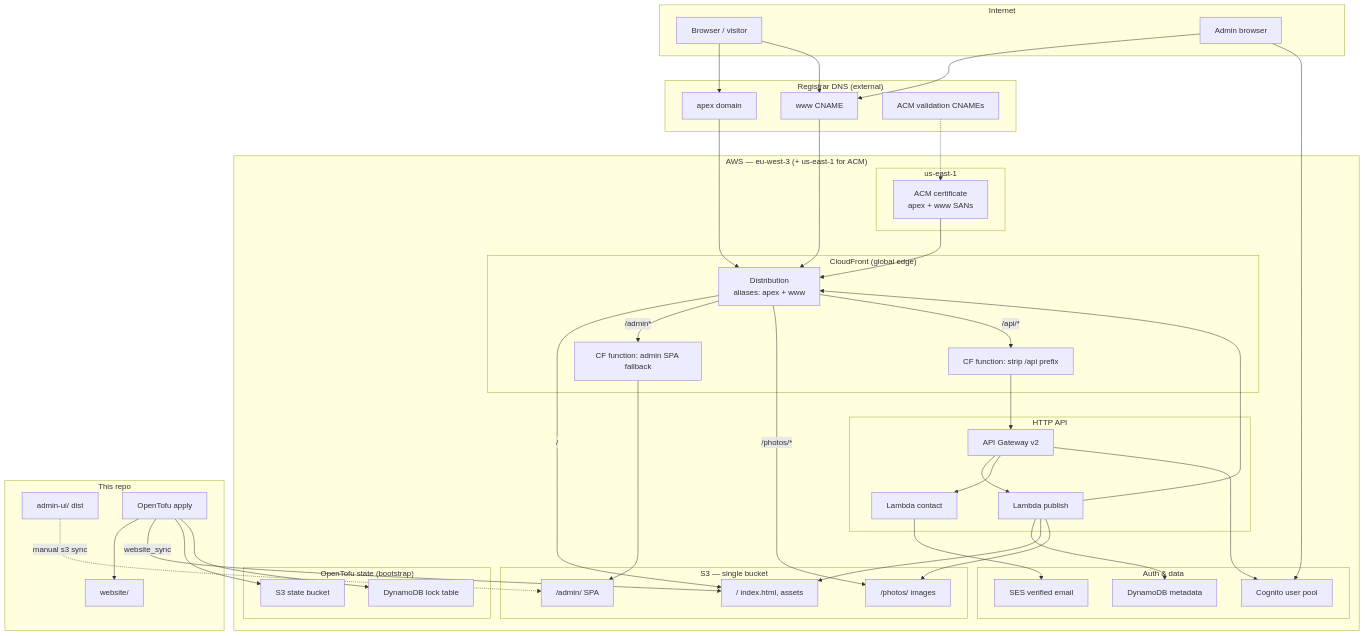
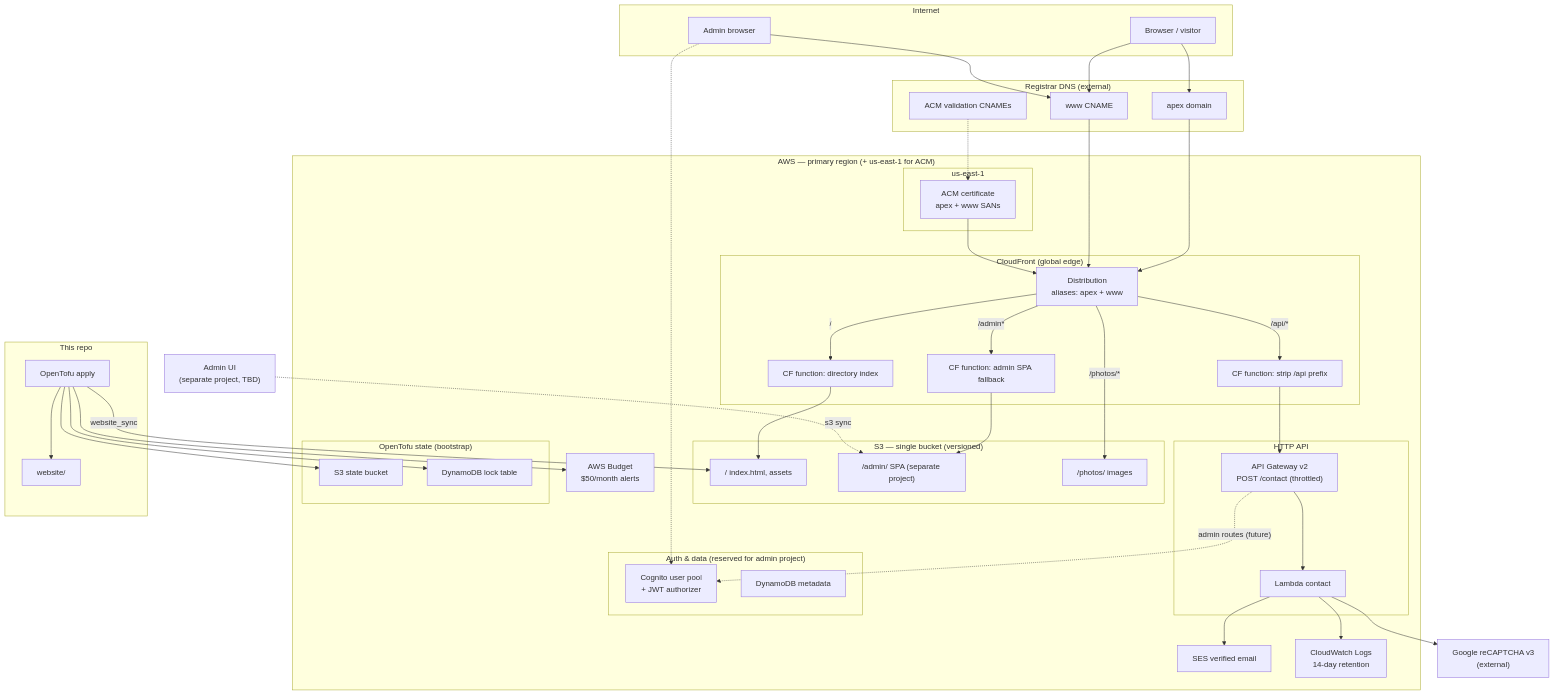
Before and after one commit to vasichkin/aws-zero-cost-hosting: the first of 5 diagrams in docs/DEPLOYMENT.md, drawn with Mermaid. The commit also changed other lines of this file and 15 other files, not shown here.

````diff
--- a/docs/DEPLOYMENT.md
+++ b/docs/DEPLOYMENT.md
@@ -17,30 +19,35 @@
     ACMVal["ACM validation CNAMEs"]
   end
 
-  subgraph AWS["AWS — eu-west-3 (+ us-east-1 for ACM)"]
+  Google["Google reCAPTCHA v3<br/>(external)"]
+
+  subgraph AWS["AWS — primary region (+ us-east-1 for ACM)"]
     subgraph Edge["CloudFront (global edge)"]
       CF["Distribution<br/>aliases: apex + www"]
+      FnIndex["CF function: directory index"]
       FnAPI["CF function: strip /api prefix"]
       FnAdmin["CF function: admin SPA fallback"]
     end
 
-    subgraph Storage["S3 — single bucket"]
+    subgraph Storage["S3 — single bucket (versioned)"]
       S3Root["/ index.html, assets"]
-      S3Admin["/admin/ SPA"]
+      S3Admin["/admin/ SPA (separate project)"]
       S3Photos["/photos/ images"]
     end
 
     subgraph API["HTTP API"]
-      APIGW["API Gateway v2"]
-      LPub["Lambda publish"]
+      APIGW["API Gateway v2<br/>POST /contact (throttled)"]
       LContact["Lambda contact"]
     end
 
-    subgraph Auth["Auth & data"]
-      Cognito["Cognito user pool"]
+    subgraph Auth["Auth & data (reserved for admin project)"]
+      Cognito["Cognito user pool<br/>+ JWT authorizer"]
       DDB["DynamoDB metadata"]
-      SES["SES verified email"]
     end
+
+    SES["SES verified email"]
+    Budget["AWS Budget<br/>$50/month alerts"]
+    Logs["CloudWatch Logs<br/>14-day retention"]
 
     subgraph Cert["us-east-1"]
       ACM["ACM certificate<br/>apex + www SANs"]
@@ -54,9 +61,10 @@
 
   subgraph Repo["This repo"]
     Website["website/"]
-    AdminUI["admin-ui/ dist"]
     Tofu["OpenTofu apply"]
   end
+
+  AdminUI["Admin UI<br/>(separate project, TBD)"]
 
   User --> Apex
   User --> WWW
@@ -65,25 +73,23 @@
   WWW --> CF
   ACMVal -.-> ACM
 
-  CF -->|"/"| S3Root
+  CF -->|"/"| FnIndex --> S3Root
   CF -->|"/admin*"| FnAdmin --> S3Admin
   CF -->|"/photos/*"| S3Photos
   CF -->|"/api/*"| FnAPI --> APIGW
 
-  APIGW --> LPub
   APIGW --> LContact
-  LPub --> DDB
-  LPub --> S3Root
-  LPub --> S3Photos
-  LPub --> CF
+  LContact --> Google
   LContact --> SES
-  APIGW --> Cognito
-  Admin --> Cognito
+  LContact --> Logs
+  Admin -.-> Cognito
+  APIGW -.->|"admin routes (future)"| Cognito
 
   ACM --> CF
   Tofu --> Website
   Tofu -->|website_sync| S3Root
-  AdminUI -.->|manual s3 sync| S3Admin
+  AdminUI -.->|s3 sync| S3Admin
   Tofu --> StateS3
   Tofu --> StateLock
+  Tofu --> Budget
 ```
````
